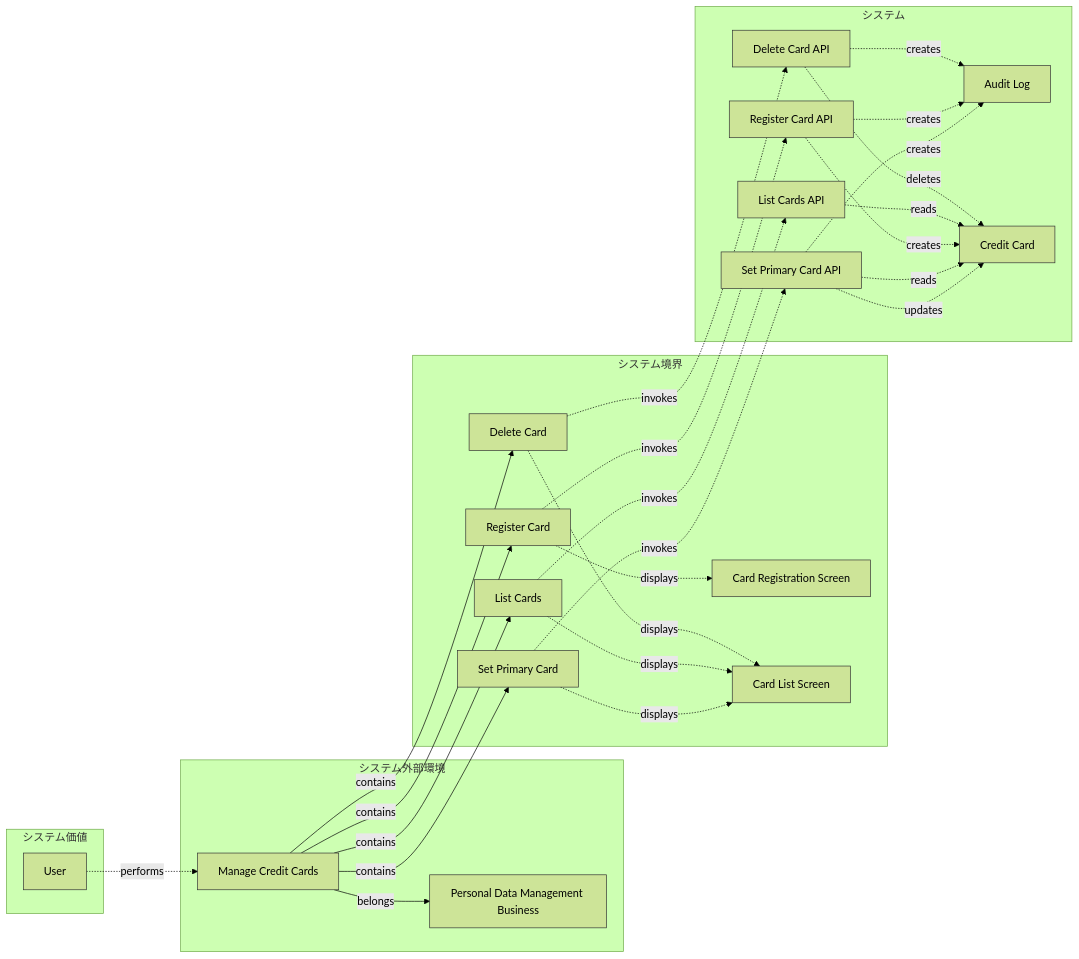
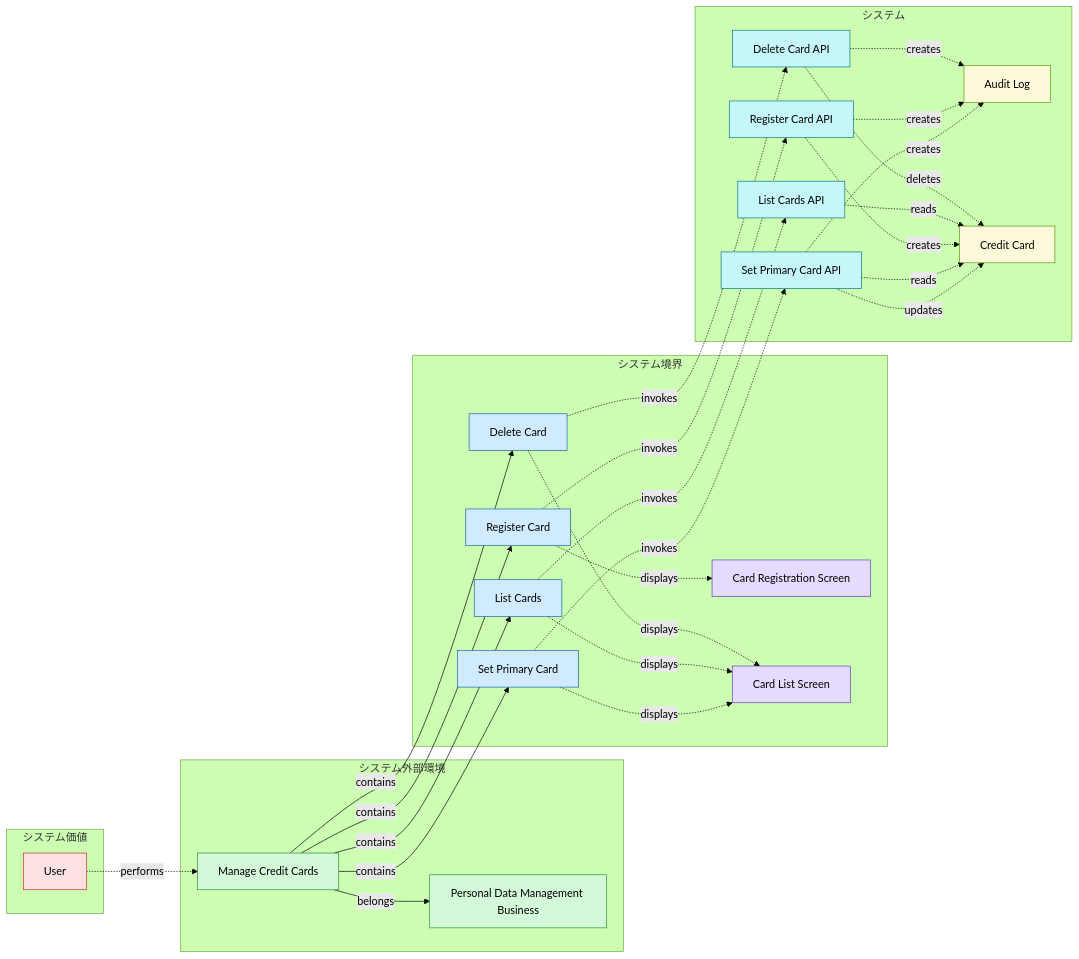
The diagram in samples/personal-info/out/rdra_buc_buccard.mmd (manji-0/rdra-ish-dsl), drawn with Mermaid (forest theme) before and after one commit. The commit also changed 76 other files, not shown here.

First line of the commit message:
feat(cli): colour each RDRA element family in the flowchart diagrams

```diff
--- a/samples/personal-info/out/rdra_buc_buccard.mmd
+++ b/samples/personal-info/out/rdra_buc_buccard.mmd
@@ -1,57 +1,57 @@
 %% rdra-ish diagram=rdra scope=buc:BucCard model=samples/personal-info
 %% layers: value=システム価値 environment=システム外部環境 boundary=システム境界 system=システム
 %% kinds: actor business buc usecase screen api entity
 %% omitted: (none)
 flowchart LR
   subgraph layer_value["システム価値"]
     actor__User["User"]:::actor
   end
   subgraph layer_environment["システム外部環境"]
     business__PersonalDataMgmt["Personal Data Management Business"]:::business
     buc__BucCard["Manage Credit Cards"]:::buc
   end
   subgraph layer_boundary["システム境界"]
     usecase__DeleteCard["Delete Card"]:::usecase
     usecase__ListCards["List Cards"]:::usecase
     usecase__RegisterCard["Register Card"]:::usecase
     usecase__SetPrimaryCard["Set Primary Card"]:::usecase
     screen__CardAddScreen["Card Registration Screen"]:::screen
     screen__CardListScreen["Card List Screen"]:::screen
   end
   subgraph layer_system["システム"]
     api__DeleteCardApi["Delete Card API"]:::api
     api__ListCardsApi["List Cards API"]:::api
     api__RegisterCardApi["Register Card API"]:::api
     api__SetPrimaryCardApi["Set Primary Card API"]:::api
     entity__AuditLog["Audit Log"]:::entity
     entity__CreditCard["Credit Card"]:::entity
   end
   actor__User -.->|performs| buc__BucCard
   api__DeleteCardApi -.->|creates| entity__AuditLog
   api__DeleteCardApi -.->|deletes| entity__CreditCard
   api__ListCardsApi -.->|reads| entity__CreditCard
   api__RegisterCardApi -.->|creates| entity__AuditLog
   api__RegisterCardApi -.->|creates| entity__CreditCard
   api__SetPrimaryCardApi -.->|creates| entity__AuditLog
   api__SetPrimaryCardApi -.->|reads| entity__CreditCard
   api__SetPrimaryCardApi -.->|updates| entity__CreditCard
   buc__BucCard -->|belongs| business__PersonalDataMgmt
   buc__BucCard -->|contains| usecase__DeleteCard
   buc__BucCard -->|contains| usecase__ListCards
   buc__BucCard -->|contains| usecase__RegisterCard
   buc__BucCard -->|contains| usecase__SetPrimaryCard
   usecase__DeleteCard -.->|displays| screen__CardListScreen
   usecase__DeleteCard -.->|invokes| api__DeleteCardApi
   usecase__ListCards -.->|displays| screen__CardListScreen
   usecase__ListCards -.->|invokes| api__ListCardsApi
   usecase__RegisterCard -.->|displays| screen__CardAddScreen
   usecase__RegisterCard -.->|invokes| api__RegisterCardApi
   usecase__SetPrimaryCard -.->|displays| screen__CardListScreen
   usecase__SetPrimaryCard -.->|invokes| api__SetPrimaryCardApi
-  classDef actor stroke:#333;
-  classDef business stroke:#333;
-  classDef buc stroke:#333;
-  classDef usecase stroke:#333;
-  classDef screen stroke:#333;
-  classDef api stroke:#333;
-  classDef entity stroke:#333;
+  classDef actor fill:#ffe3e3,stroke:#c92a2a,color:#000;
+  classDef business fill:#d3f9d8,stroke:#2b8a3e,color:#000;
+  classDef buc fill:#d3f9d8,stroke:#2b8a3e,color:#000;
+  classDef usecase fill:#d0ebff,stroke:#1864ab,color:#000;
+  classDef screen fill:#e5dbff,stroke:#5f3dc4,color:#000;
+  classDef api fill:#c5f6fa,stroke:#0b7285,color:#000;
+  classDef entity fill:#fff9db,stroke:#5c940d,color:#000;
```
